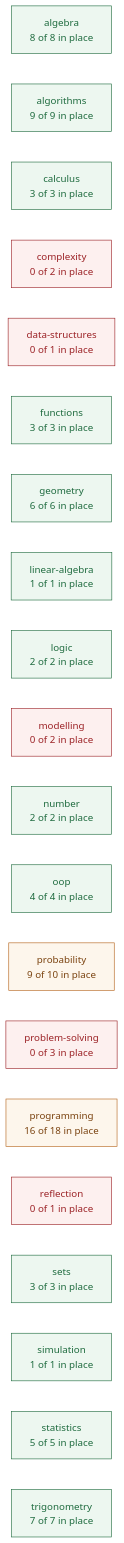
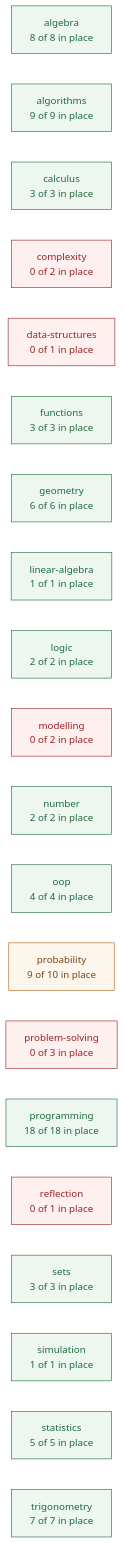
The first of 3 diagrams in planning/CURRICULUM_MAP.md (deweydex/dewlab), drawn with Mermaid before and after one commit. The commit also changed other lines of this file and 9 other files, not shown here.

````diff
--- a/planning/CURRICULUM_MAP.md
+++ b/planning/CURRICULUM_MAP.md
@@ -52,30 +52,30 @@
 ```mermaid
 graph LR
   algebra["algebra<br/>8 of 8 in place"]
   algorithms["algorithms<br/>9 of 9 in place"]
   calculus["calculus<br/>3 of 3 in place"]
   complexity["complexity<br/>0 of 2 in place"]
   data_structures["data-structures<br/>0 of 1 in place"]
   functions["functions<br/>3 of 3 in place"]
   geometry["geometry<br/>6 of 6 in place"]
   linear_algebra["linear-algebra<br/>1 of 1 in place"]
   logic["logic<br/>2 of 2 in place"]
   modelling["modelling<br/>0 of 2 in place"]
   number["number<br/>2 of 2 in place"]
   oop["oop<br/>4 of 4 in place"]
   probability["probability<br/>9 of 10 in place"]
   problem_solving["problem-solving<br/>0 of 3 in place"]
-  programming["programming<br/>16 of 18 in place"]
+  programming["programming<br/>18 of 18 in place"]
   reflection["reflection<br/>0 of 1 in place"]
   sets["sets<br/>3 of 3 in place"]
   simulation["simulation<br/>1 of 1 in place"]
   statistics["statistics<br/>5 of 5 in place"]
   trigonometry["trigonometry<br/>7 of 7 in place"]
 
   classDef full fill:#edf7f0,stroke:#1f6b3f,color:#1f6b3f;
   classDef part fill:#fdf6ec,stroke:#b5651d,color:#7a4310;
   classDef none fill:#fdf0ef,stroke:#9b2226,color:#9b2226;
-  class algebra,algorithms,calculus,functions,geometry,linear_algebra,logic,number,oop,sets,simulation,statistics,trigonometry full;
-  class probability,programming part;
+  class algebra,algorithms,calculus,functions,geometry,linear_algebra,logic,number,oop,programming,sets,simulation,statistics,trigonometry full;
+  class probability part;
   class complexity,data_structures,modelling,problem_solving,reflection none;
 ```
````
